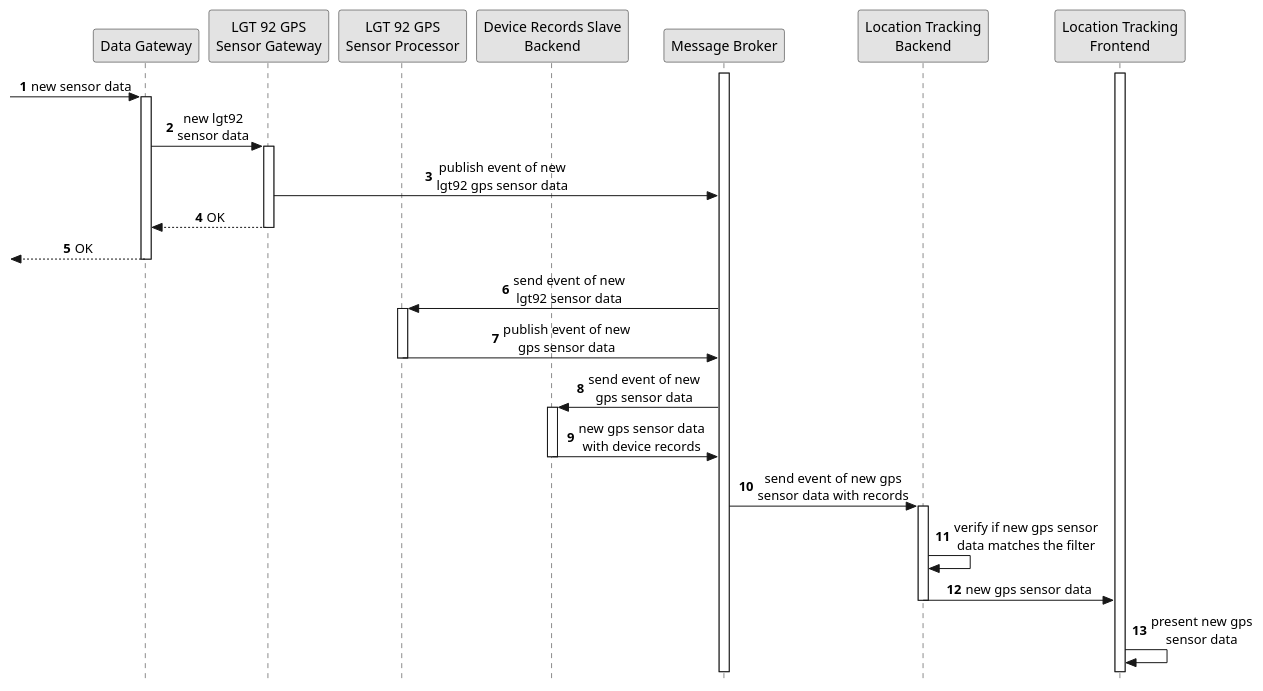
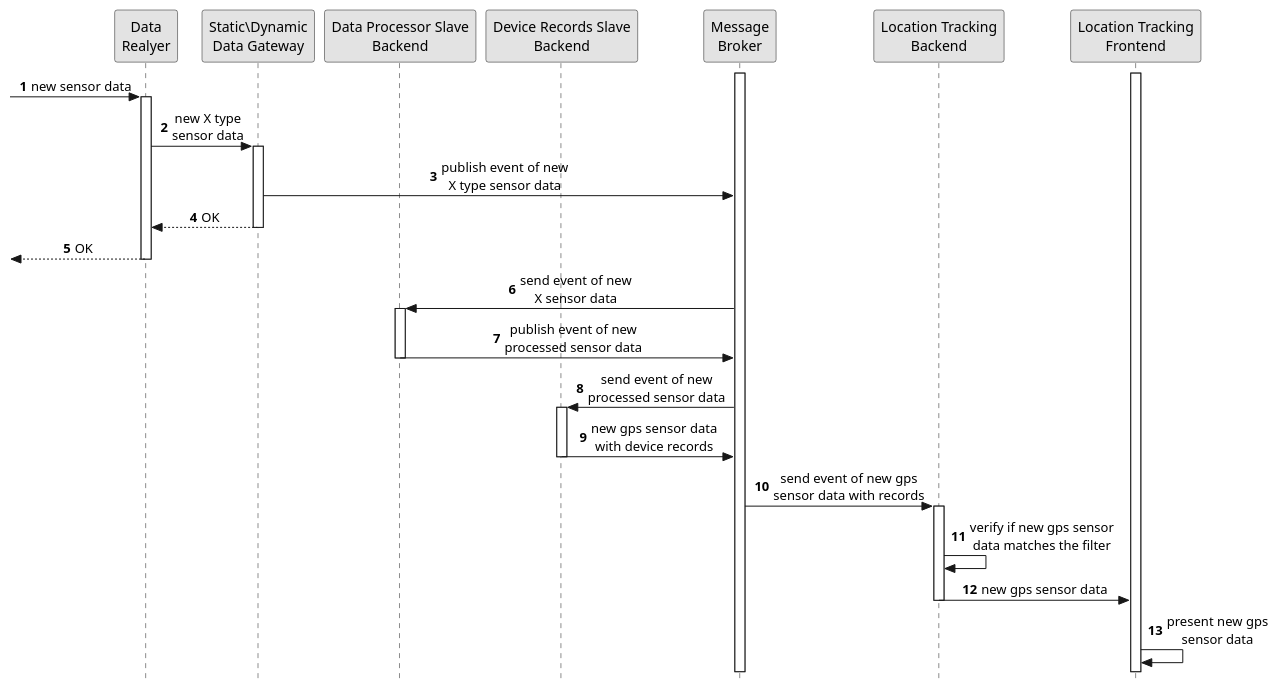
Before and after one commit to FilipeMCruz/sensae-console: the diagram in docs/diagrams/process-view-level2-uc02.pu, drawn with PlantUML. The commit also changed 35 other files, not shown here.

Commit message:
Updated diagram in documentation

```diff
--- a/docs/diagrams/process-view-level2-uc02.pu
+++ b/docs/diagrams/process-view-level2-uc02.pu
@@ -1,55 +1,55 @@
 @startuml process-view-level2-uc02
 
 skinparam Monochrome true
 skinparam sequenceMessageAlign center
 skinparam style strictuml
 hide unlinked
 
 autonumber 1
 
-participant "Data Gateway" as DG
-participant "LGT 92 GPS\nSensor Gateway" as LGT92GPSG
-participant "LGT 92 GPS\nSensor Processor" as LGT92GPSP
-participant "Device Records Slave\nBackend" as DRB
-participant "Message Broker" as MB
+participant "Data\nRealyer" as DG
+participant "Static\Dynamic\nData Gateway" as SDDG
+participant "Data Processor Slave\nBackend" as DPSB
+participant "Device Records Slave\nBackend" as DRSB
+participant "Message\nBroker" as MB
 participant "Location Tracking\nBackend" as LTB
 participant "Location Tracking\nFrontend" as LTF
 
 activate MB
 activate LTF
 
 -> DG : new sensor data
 activate DG
 
-DG -> LGT92GPSG : new lgt92\nsensor data
-activate LGT92GPSG
+DG -> SDDG : new X type\nsensor data
+activate SDDG
 
-LGT92GPSG -> MB : publish event of new\nlgt92 gps sensor data
+SDDG -> MB : publish event of new\nX type sensor data
 
-DG <-- LGT92GPSG : OK
-deactivate LGT92GPSG
+DG <-- SDDG : OK
+deactivate SDDG
 
 <-- DG : OK
 deactivate DG
 
-MB -> LGT92GPSP : send event of new\nlgt92 sensor data
-activate LGT92GPSP
+MB -> DPSB : send event of new\nX sensor data
+activate DPSB
 
-LGT92GPSP -> MB : publish event of new\ngps sensor data
-deactivate LGT92GPSP
+DPSB -> MB : publish event of new\nprocessed sensor data
+deactivate DPSB
 
-MB -> DRB : send event of new\ngps sensor data
-activate DRB
+MB -> DRSB : send event of new\nprocessed sensor data
+activate DRSB
 
-DRB -> MB : new gps sensor data\nwith device records
-deactivate DRB
+DRSB -> MB : new gps sensor data\nwith device records
+deactivate DRSB
 
 MB -> LTB : send event of new gps\nsensor data with records
 activate LTB
 
 LTB -> LTB : verify if new gps sensor\ndata matches the filter 
 LTB -> LTF : new gps sensor data
 deactivate LTB
 LTF -> LTF : present new gps\nsensor data
 
 @enduml
```
